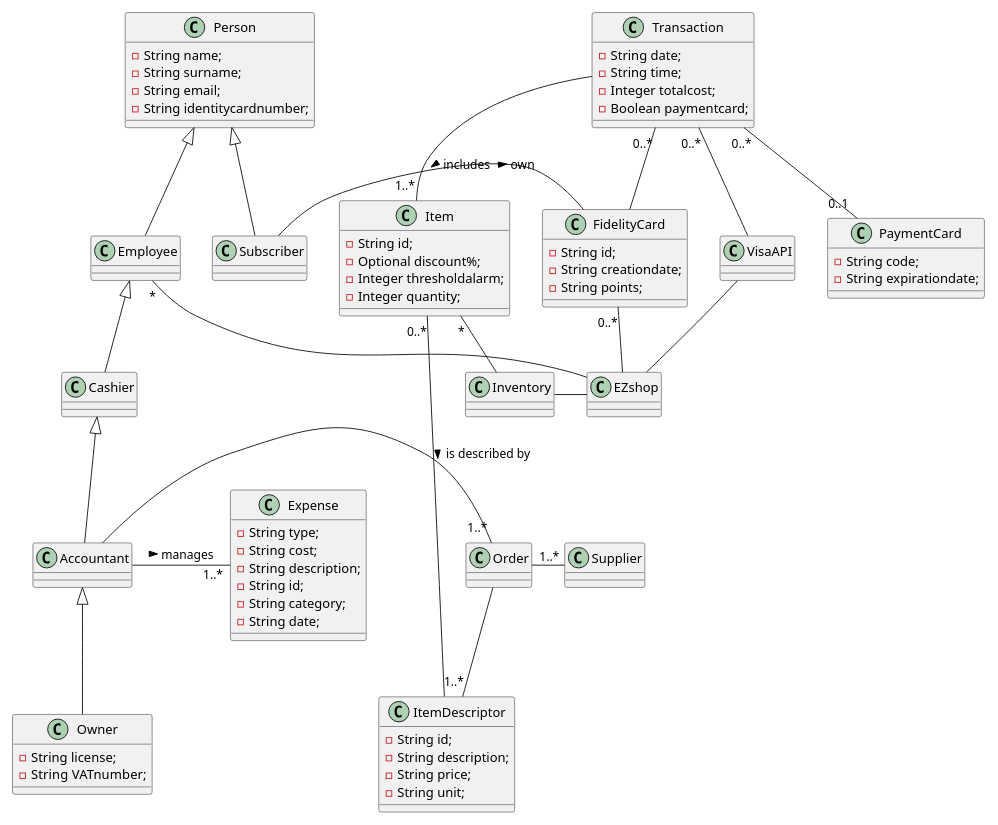
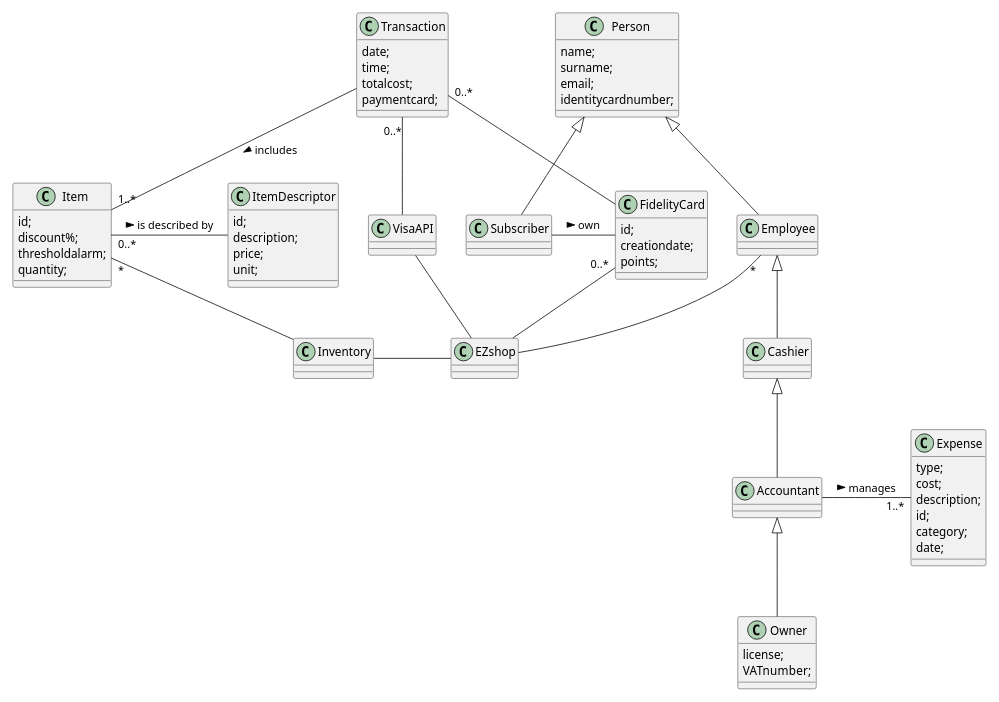
Before and after one commit to djemar/softeng_ezshop: the fifth of 6 diagrams in Deliverables/RequirementsDocument.md, drawn with PlantUML. The commit also changed other lines of this file, not shown here.

````diff
--- a/Deliverables/RequirementsDocument.md
+++ b/Deliverables/RequirementsDocument.md
@@ -497,32 +501,32 @@
 ```plantuml
 scale 800 width
 class Person{
--String name;
--String surname;
--String email;
--String identitycardnumber;
+ name;
+ surname;
+ email;
+ identitycardnumber;
 }
 
 class ItemDescriptor{
--String id;
--String description;
--String price;
--String unit;
+ id;
+ description;
+ price;
+ unit;
 }
 class Item{
--String id;
--Optional discount%;
--Integer thresholdalarm;
--Integer quantity;
+ id;
+ discount%;
+ thresholdalarm;
+ quantity;
 }
 class FidelityCard{
--String id;
--String creationdate;
--String points;
+ id;
+ creationdate;
+ points;
 }
 class Owner{
--String license;
--String VATnumber;
+ license;
+ VATnumber;
 }
 class Cashier{
 
@@ -533,13 +537,7 @@
 class Employee{
 
 }
-class Supplier{
 
-}
-
-class Order{
-
-}
 class Subscriber{
 
 }
@@ -551,26 +549,23 @@
 }
 
 class Expense{
--String type;
--String cost;
--String description;
--String id;
--String category;
--String date;
+ type;
+ cost;
+ description;
+ id;
+ category;
+ date;
 }
 class VisaAPI{
 
 }
 class Transaction{
--String date;
--String time;
--Integer totalcost;
--Boolean paymentcard;
+ date;
+ time;
+ totalcost;
+ paymentcard;
 }
-class PaymentCard{
-  -String code;
-  -String expirationdate;
-}
+
 Accountant <|-- Owner
 Cashier <|-- Accountant
 Employee <|--  Cashier
@@ -584,11 +579,7 @@
 Inventory - EZshop
 Subscriber - FidelityCard : own >
 Accountant -  "1..*" Expense : manages >
-Accountant -  "1..*" Order
-Order -- "1..*" ItemDescriptor
-Order "1..*" - Supplier
 FidelityCard "0..*" -- EZshop
-Transaction "0..*" -- "0..1" PaymentCard
 Transaction -- "1..*" Item : includes >
 Transaction "0..*" -- FidelityCard
 Transaction "0..*" -- VisaAPI
````
